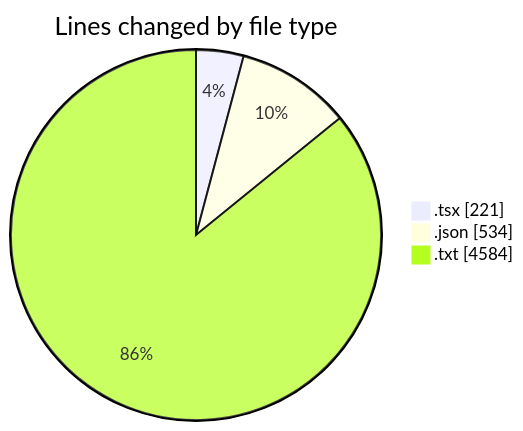
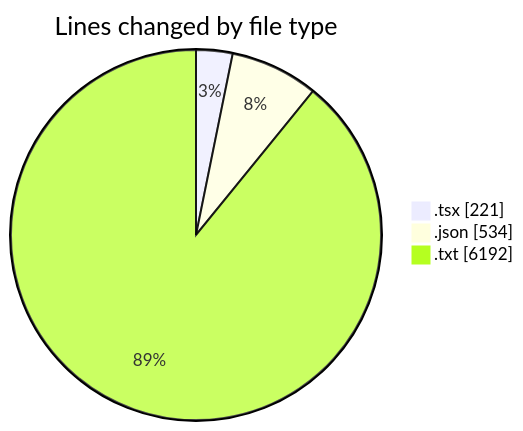
The first of 2 diagrams in 2025-08-01/tw-server/README.md (EIIisD/code-tracking), drawn with Mermaid before and after one commit. The commit also changed other lines of this file and 1 other file, not shown here.

````diff
--- a/2025-08-01/tw-server/README.md
+++ b/2025-08-01/tw-server/README.md
@@ -23,7 +25,7 @@
 ```mermaid
 pie showData
 title Lines changed by file type
 ".tsx" : 221
 ".json" : 534
-".txt" : 4584
+".txt" : 6192
 ```
````
